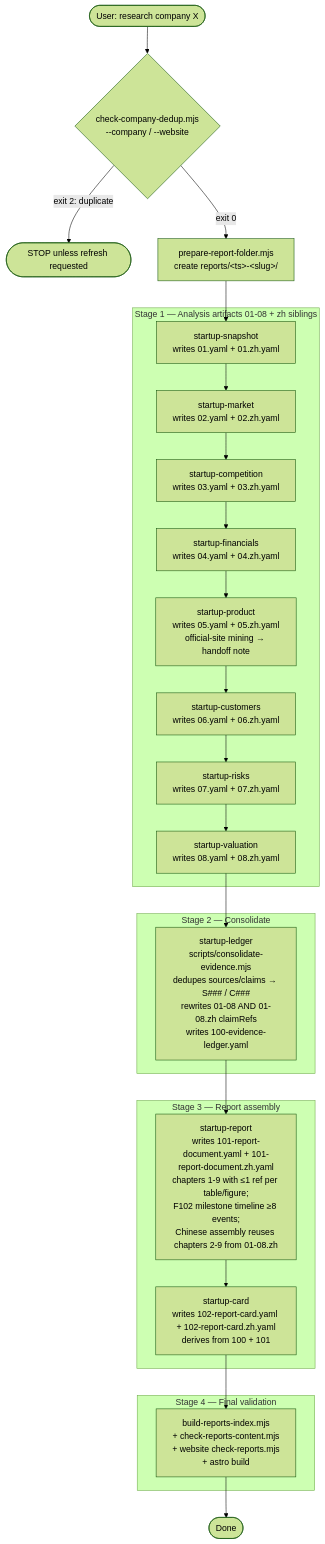
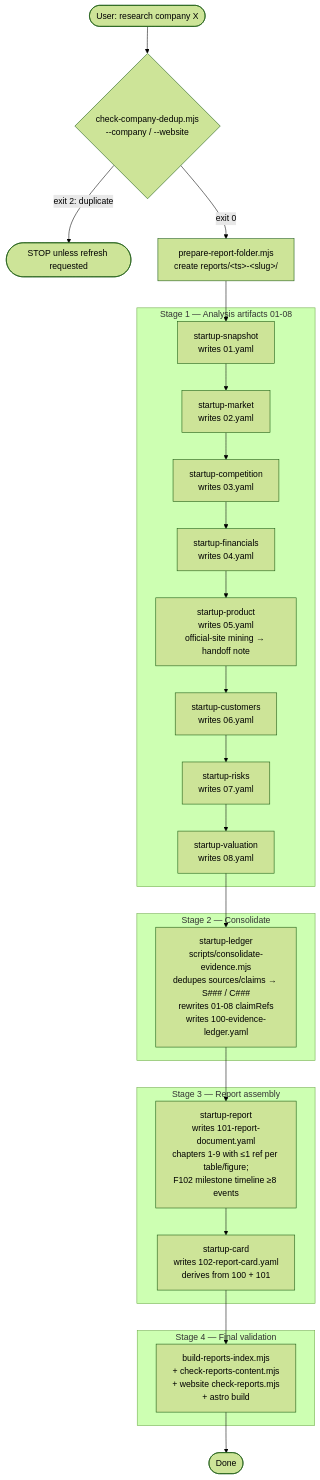
The first of 3 diagrams in README.md (huangyingting/startup), drawn with Mermaid (forest theme) before and after one commit. The commit also changed other lines of this file and 49 other files, not shown here.

First line of the commit message:
Refactor report generation scripts to remove Simplified Chinese artifacts and localization support

````diff
--- a/README.md
+++ b/README.md
@@ -17,41 +17,41 @@
 ```mermaid
 flowchart TD
   Start([User: research company X]) --> PreDedup{check-company-dedup.mjs<br/>--company / --website}
   PreDedup -- exit 2: duplicate --> Stop([STOP unless refresh requested])
   PreDedup -- exit 0 --> Setup[prepare-report-folder.mjs<br/>create reports/&lt;ts&gt;-&lt;slug&gt;/]
   Setup --> Snapshot
 
-  subgraph Stage1[Stage 1 — Analysis artifacts 01-08 + zh siblings]
-    Snapshot[startup-snapshot<br/>writes 01.yaml + 01.zh.yaml]
+  subgraph Stage1[Stage 1 — Analysis artifacts 01-08]
+    Snapshot[startup-snapshot<br/>writes 01.yaml]
     Snapshot --> Market
 
-    Market[startup-market<br/>writes 02.yaml + 02.zh.yaml] --> Compete
-    Compete[startup-competition<br/>writes 03.yaml + 03.zh.yaml] --> Fin
-    Fin[startup-financials<br/>writes 04.yaml + 04.zh.yaml] --> Prod
-    Prod[startup-product<br/>writes 05.yaml + 05.zh.yaml<br/>official-site mining → handoff note] --> Cust
-    Cust[startup-customers<br/>writes 06.yaml + 06.zh.yaml] --> Risk
-    Risk[startup-risks<br/>writes 07.yaml + 07.zh.yaml] --> Val
-    Val[startup-valuation<br/>writes 08.yaml + 08.zh.yaml]
+    Market[startup-market<br/>writes 02.yaml] --> Compete
+    Compete[startup-competition<br/>writes 03.yaml] --> Fin
+    Fin[startup-financials<br/>writes 04.yaml] --> Prod
+    Prod[startup-product<br/>writes 05.yaml<br/>official-site mining → handoff note] --> Cust
+    Cust[startup-customers<br/>writes 06.yaml] --> Risk
+    Risk[startup-risks<br/>writes 07.yaml] --> Val
+    Val[startup-valuation<br/>writes 08.yaml]
   end
 
   Val --> Ledger
 
   subgraph Stage2[Stage 2 — Consolidate]
-    Ledger[startup-ledger<br/>scripts/consolidate-evidence.mjs<br/>dedupes sources/claims → S### / C###<br/>rewrites 01-08 AND 01-08.zh claimRefs<br/>writes 100-evidence-ledger.yaml]
+    Ledger[startup-ledger<br/>scripts/consolidate-evidence.mjs<br/>dedupes sources/claims → S### / C###<br/>rewrites 01-08 claimRefs<br/>writes 100-evidence-ledger.yaml]
   end
 
   Ledger --> Report
 
   subgraph Stage3[Stage 3 — Report assembly]
-    Report[startup-report<br/>writes 101-report-document.yaml + 101-report-document.zh.yaml<br/>chapters 1-9 with ≤1 ref per table/figure;<br/>F102 milestone timeline ≥8 events;<br/>Chinese assembly reuses chapters 2-9 from 01-08.zh]
-    Report --> Card[startup-card<br/>writes 102-report-card.yaml + 102-report-card.zh.yaml<br/>derives from 100 + 101]
+    Report[startup-report<br/>writes 101-report-document.yaml<br/>chapters 1-9 with ≤1 ref per table/figure;<br/>F102 milestone timeline ≥8 events]
+    Report --> Card[startup-card<br/>writes 102-report-card.yaml<br/>derives from 100 + 101]
   end
 
   Card --> FinalVal
 
   subgraph Stage4[Stage 4 — Final validation]
     FinalVal[build-reports-index.mjs<br/>+ check-reports-content.mjs<br/>+ website check-reports.mjs<br/>+ astro build]
   end
 
   FinalVal --> End([Done])
 ```
````
